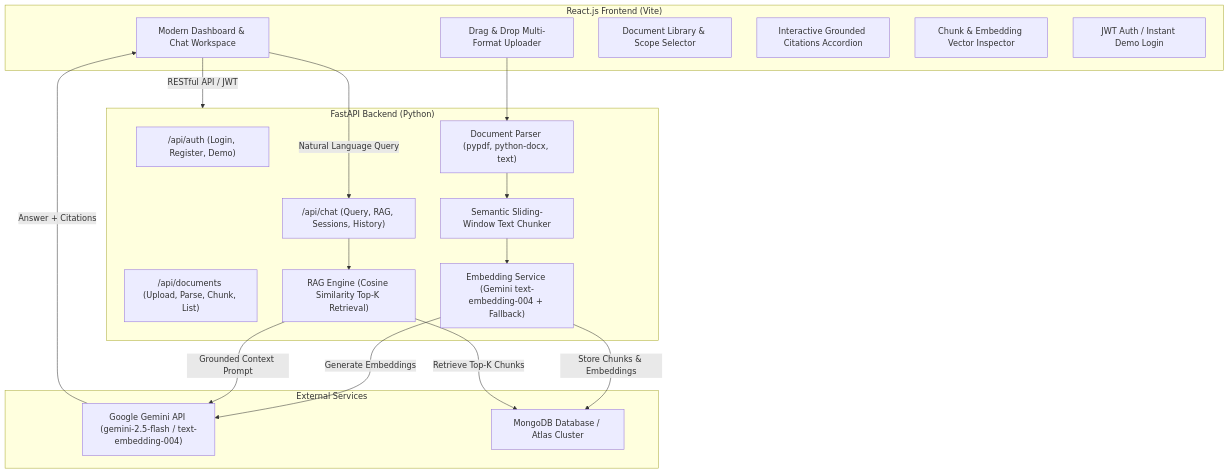
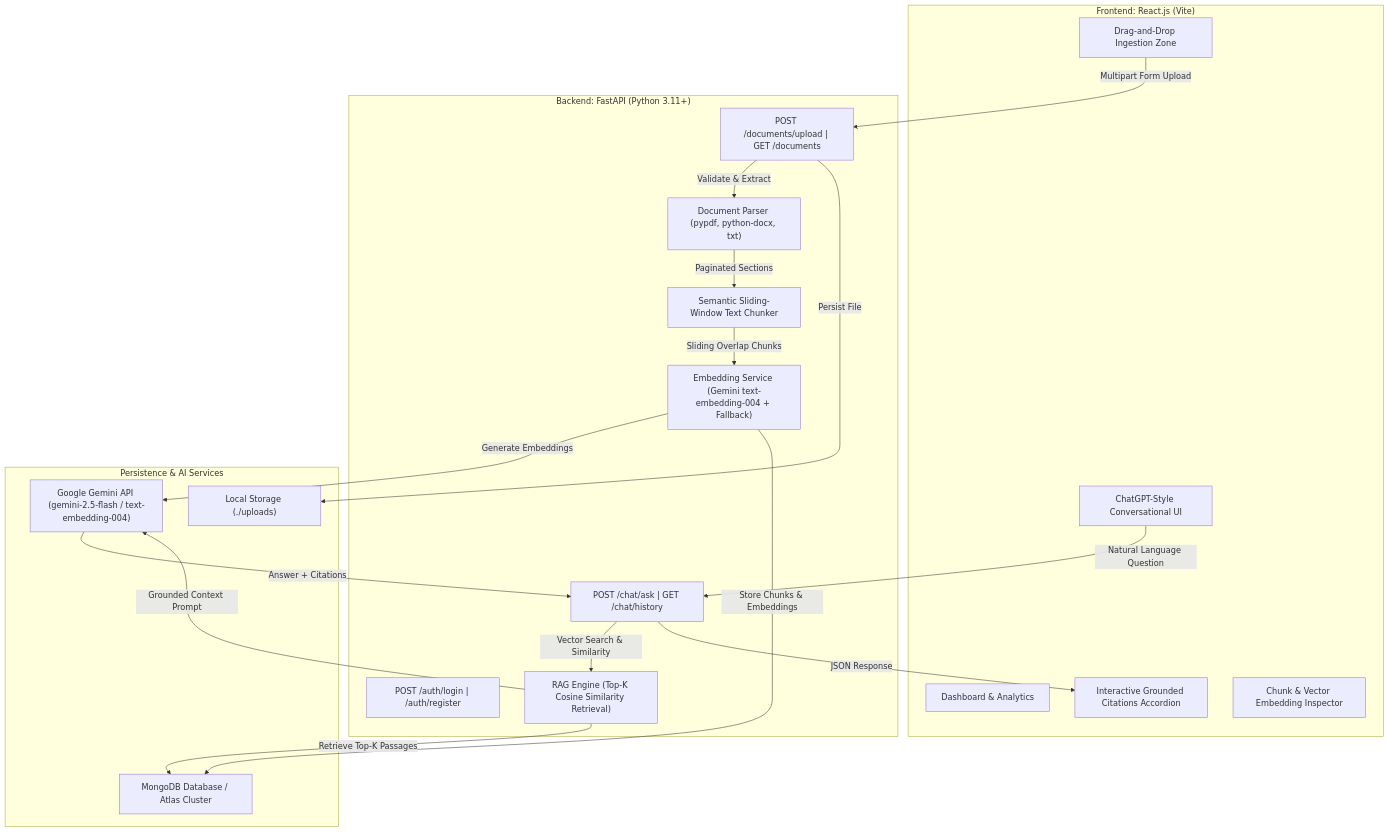
One commit to nagasanjaydev/ai-document-qa-assistant changed the diagram in README.md. Above: the diagram before and after it, drawn with Mermaid. The commit also changed other lines of this file and 40 other files, not shown here.

Commit message:
feat: implement complete modular architecture, light theme dashboard, and Apple Silicon M2 setup

````diff
--- a/README.md
+++ b/README.md
@@ -18,40 +9,42 @@
 ```mermaid
 flowchart TD
-    subgraph Frontend["React.js Frontend (Vite)"]
-        UI["Modern Dashboard & Chat Workspace"]
-        UploadZone["Drag & Drop Multi-Format Uploader"]
-        DocLib["Document Library & Scope Selector"]
+    subgraph Client["Frontend: React.js (Vite)"]
+        Dashboard["Dashboard & Analytics"]
+        UploadZone["Drag-and-Drop Ingestion Zone"]
+        ChatInterface["ChatGPT-Style Conversational UI"]
         CitationsUI["Interactive Grounded Citations Accordion"]
-        ChunkInspector["Chunk & Embedding Vector Inspector"]
-        AuthUI["JWT Auth / Instant Demo Login"]
+        Inspector["Chunk & Vector Embedding Inspector"]
     end
 
-    subgraph Backend["FastAPI Backend (Python)"]
-        RouterAuth["/api/auth (Login, Register, Demo)"]
-        RouterDocs["/api/documents (Upload, Parse, Chunk, List)"]
-        RouterChat["/api/chat (Query, RAG, Sessions, History)"]
+    subgraph Server["Backend: FastAPI (Python 3.11+)"]
+        AuthRouter["POST /auth/login | /auth/register"]
+        DocRouter["POST /documents/upload | GET /documents"]
+        ChatRouter["POST /chat/ask | GET /chat/history"]
         
-        Parser["Document Parser (pypdf, python-docx, text)"]
+        Parser["Document Parser (pypdf, python-docx, txt)"]
         Chunker["Semantic Sliding-Window Text Chunker"]
         EmbeddingEngine["Embedding Service (Gemini text-embedding-004 + Fallback)"]
-        RAGPipeline["RAG Engine (Cosine Similarity Top-K Retrieval)"]
+        RAGPipeline["RAG Engine (Top-K Cosine Similarity Retrieval)"]
     end
 
-    subgraph External["External Services"]
+    subgraph DataStore["Persistence & AI Services"]
         GeminiAPI["Google Gemini API (gemini-2.5-flash / text-embedding-004)"]
         MongoDB["MongoDB Database / Atlas Cluster"]
+        FileStore["Local Storage (./uploads)"]
     end
 
-    UI -->|RESTful API / JWT| Backend
-    UploadZone --> Parser
-    Parser --> Chunker
-    Chunker --> EmbeddingEngine
+    UploadZone -->|Multipart Form Upload| DocRouter
+    DocRouter -->|Validate & Extract| Parser
+    DocRouter -->|Persist File| FileStore
+    Parser -->|Paginated Sections| Chunker
+    Chunker -->|Sliding Overlap Chunks| EmbeddingEngine
     EmbeddingEngine -->|Generate Embeddings| GeminiAPI
     EmbeddingEngine -->|Store Chunks & Embeddings| MongoDB
     
-    UI -->|Natural Language Query| RouterChat
-    RouterChat --> RAGPipeline
-    RAGPipeline -->|Retrieve Top-K Chunks| MongoDB
+    ChatInterface -->|Natural Language Question| ChatRouter
+    ChatRouter -->|Vector Search & Similarity| RAGPipeline
+    RAGPipeline -->|Retrieve Top-K Passages| MongoDB
     RAGPipeline -->|Grounded Context Prompt| GeminiAPI
-    GeminiAPI -->|Answer + Citations| UI
+    GeminiAPI -->|Answer + Citations| ChatRouter
+    ChatRouter -->|JSON Response| CitationsUI
 ```
````
